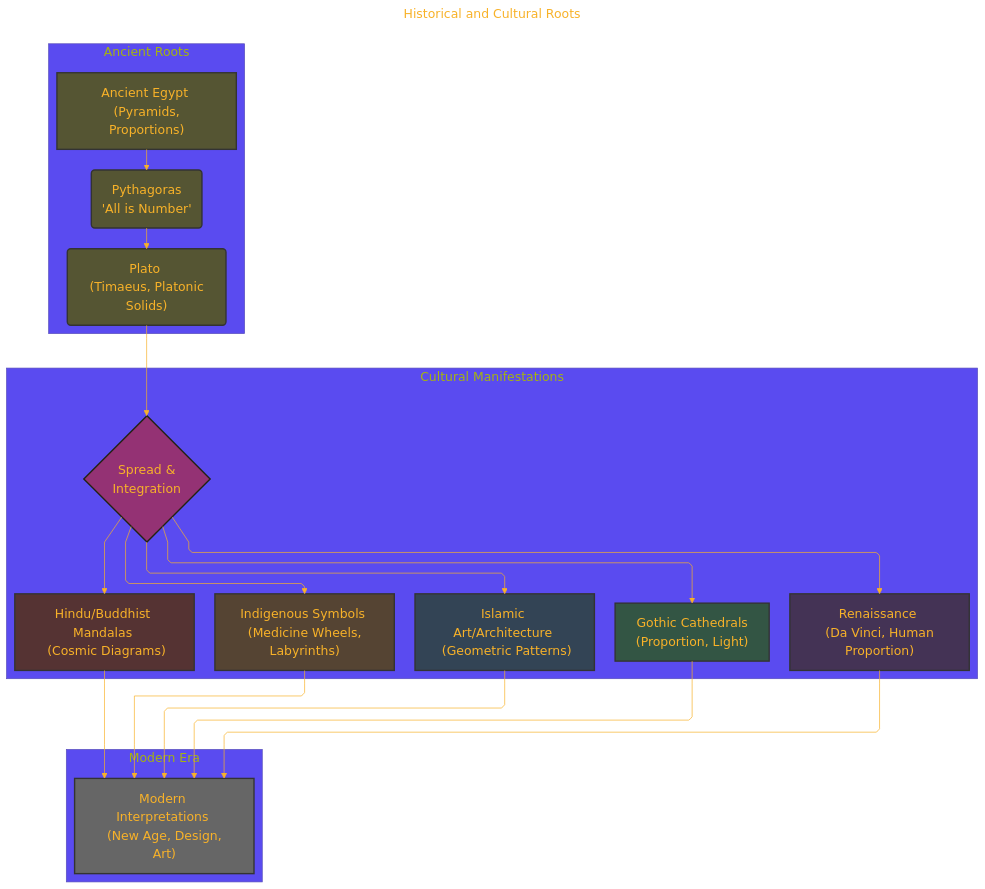
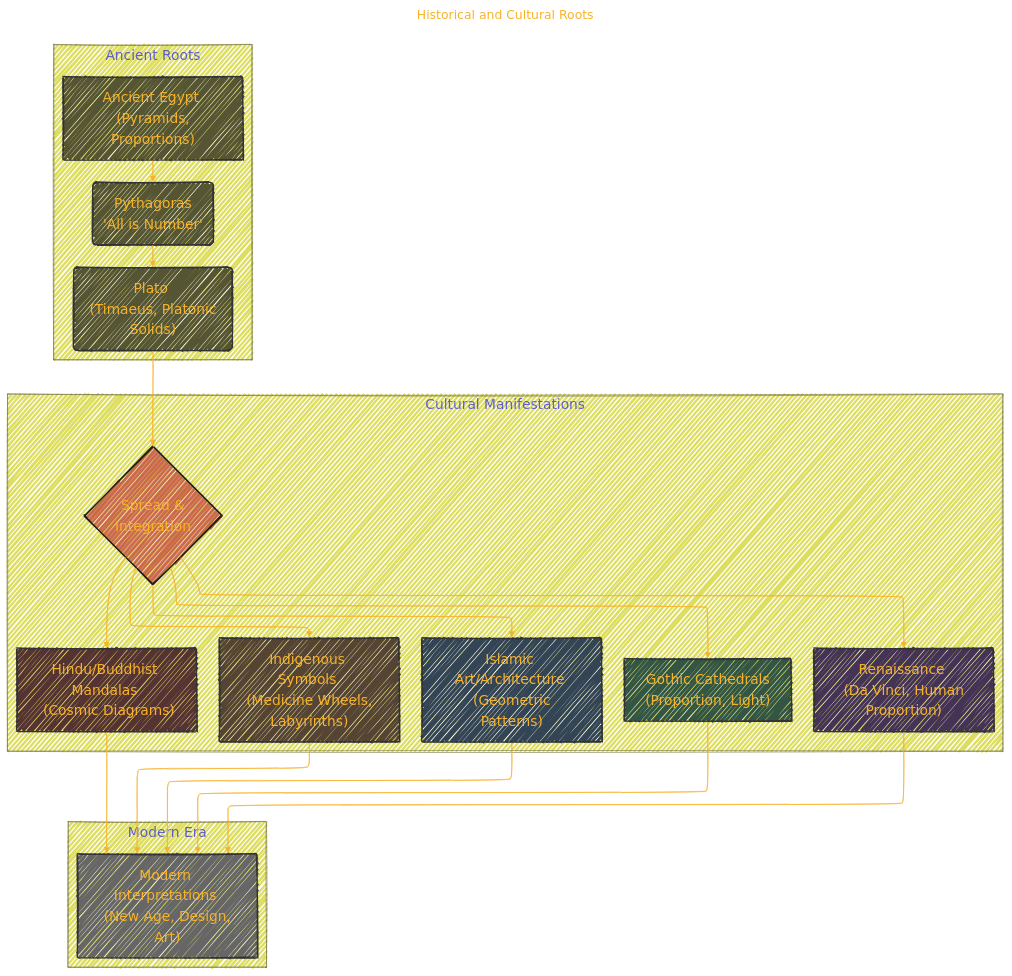
The second of 7 diagrams in Understanding_Sacred_Geometry.md (CongLeSolutionX/Harmonic_Atomica), drawn with Mermaid before and after one commit. The commit also changed other lines of this file, not shown here.

````diff
--- a/Understanding_Sacred_Geometry.md
+++ b/Understanding_Sacred_Geometry.md
@@ -92,59 +92,61 @@
 ```mermaid
 ---
 title: "Historical and Cultural Roots"
 author: "Cong Le"
 version: "1.0"
-license(s): "MIT, CC BY 4.0"
+license(s): "MIT, CC BY-SA 4.0"
 copyright: "Copyright (c) 2025 Cong Le. All Rights Reserved."
 config:
   layout: elk
   theme: base
+  look: handDrawn
 ---
 %%%%%%%% Mermaid version v11.4.1-b.14
 %%%%%%%% Available curve styles include the following keywords:
 %% basis, bumpX, bumpY, cardinal, catmullRom, linear, monotoneX, monotoneY, natural, step, stepAfter, stepBefore.
 %%{
   init: {
-    'flowchart': { 'htmlLabels': false, 'curve': 'linear' },
-    'fontFamily': 'Luminari',
+    'flowchart': { 'htmlLabels': true, 'curve': 'basis' },
+    'fontFamily': 'American Typewriter, monospace',
+    'logLevel': 'fatal',
     'themeVariables': {
-      'primaryColor': '#DE3',
+      'primaryColor': '#22BB',
       'primaryTextColor': '#F8B229',
       'lineColor': '#F8B229',
       'primaryBorderColor': '#27AE60',
-      'secondaryColor': '#EBDEF0',
+      'secondaryColor': '#E2F1',
       'secondaryTextColor': '#6C3483',
       'secondaryBorderColor': '#A569BD',
-      'fontSize': '18px'
+      'fontSize': '20px'
     }
   }
 }%%
 flowchart TD
     subgraph Ancient_Roots["Ancient Roots"]
         A["Ancient Egypt <br/> (Pyramids, Proportions)"] --> B("Pythagoras <br/> 'All is Number'")
         B --> C("Plato <br/> (Timaeus, Platonic Solids)")
     end
     subgraph Cultural_Manifestations["Cultural Manifestations"]
         C --> D{"Spread &<br/> Integration"}
         D --> E["Islamic Art/Architecture <br/> (Geometric Patterns)"]
         D --> F["Gothic Cathedrals <br/> (Proportion, Light)"]
         D --> G["Renaissance <br/> (Da Vinci, Human Proportion)"]
         D --> H["Hindu/Buddhist Mandalas <br/> (Cosmic Diagrams)"]
         D --> I["Indigenous Symbols <br/> (Medicine Wheels, Labyrinths)"]
     end
     subgraph Modern_Era["Modern Era"]
         I & E & F & G & H --> J["Modern Interpretations <br/> (New Age, Design, Art)"]
     end
 
     style A fill:#553,stroke:#333,stroke-width:2px
     style B fill:#553,stroke:#333,stroke-width:2px
     style C fill:#553,stroke:#333,stroke-width:2px
     style D fill:#B229,stroke:#221,stroke-width:2px
     style E fill:#345,stroke:#333,stroke-width:2px
     style F fill:#354,stroke:#333,stroke-width:2px
     style G fill:#435,stroke:#333,stroke-width:2px
     style H fill:#533,stroke:#333,stroke-width:2px
     style I fill:#543,stroke:#333,stroke-width:2px
     style J fill:#666,stroke:#333,stroke-width:2px
     
 ```
````
